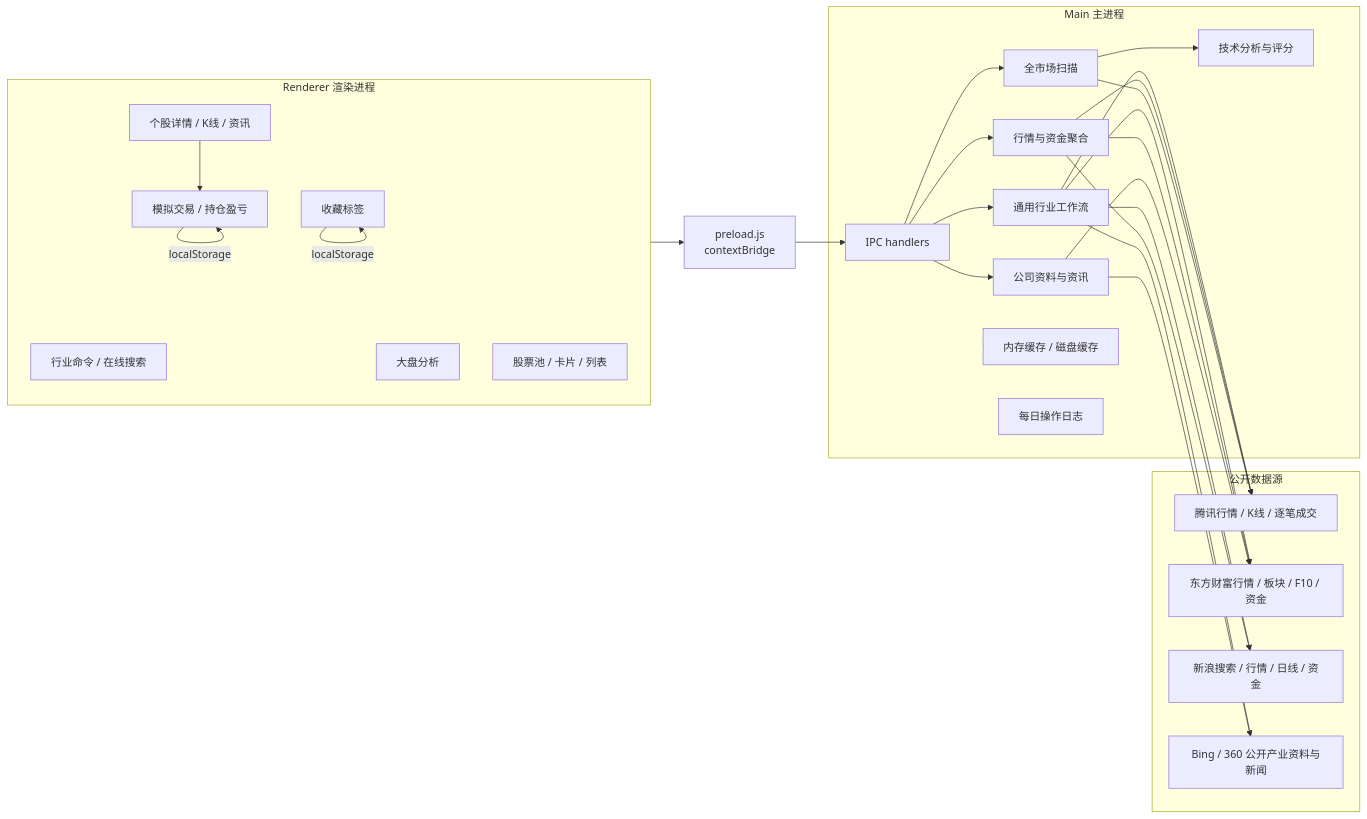
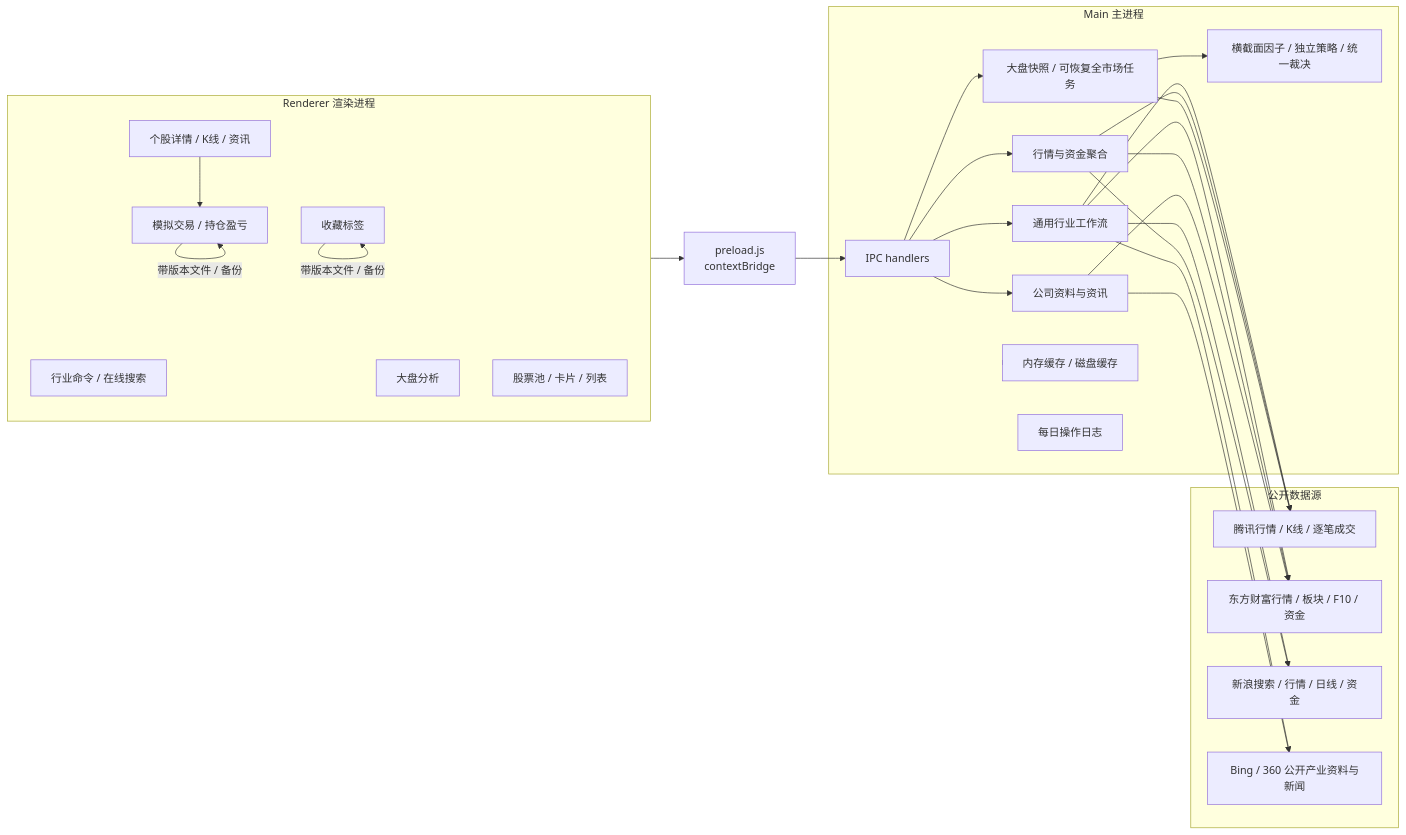
Before and after one commit to yutenys/ai-stock-assistant: the first of 3 diagrams in docs/PROJECT_ARCHITECTURE.md, drawn with Mermaid. The commit also changed other lines of this file and 20 other files, not shown here.

````diff
--- a/docs/PROJECT_ARCHITECTURE.md
+++ b/docs/PROJECT_ARCHITECTURE.md
@@ -17,53 +17,53 @@
 ```mermaid
 flowchart LR
   subgraph UI["Renderer 渲染进程"]
     Command["行业命令 / 在线搜索"]
     Market["大盘分析"]
     Pool["股票池 / 卡片 / 列表"]
     Detail["个股详情 / K线 / 资讯"]
     Portfolio["模拟交易 / 持仓盈亏"]
     Labels["收藏标签"]
   end
 
   Preload["preload.js\ncontextBridge"]
 
   subgraph Main["Main 主进程"]
     IPC["IPC handlers"]
     Workflow["通用行业工作流"]
     Quotes["行情与资金聚合"]
-    Analysis["技术分析与评分"]
-    Overview["全市场扫描"]
+    Analysis["横截面因子 / 独立策略 / 统一裁决"]
+    Overview["大盘快照 / 可恢复全市场任务"]
     Profile["公司资料与资讯"]
     Cache["内存缓存 / 磁盘缓存"]
     Log["每日操作日志"]
   end
 
   subgraph Sources["公开数据源"]
     Tencent["腾讯行情 / K线 / 逐笔成交"]
     Eastmoney["东方财富行情 / 板块 / F10 / 资金"]
     Sina["新浪搜索 / 行情 / 日线 / 资金"]
     Search["Bing / 360 公开产业资料与新闻"]
   end
 
   UI --> Preload --> IPC
   Detail --> Portfolio
-  Portfolio -->|localStorage| Portfolio
+  Portfolio -->|带版本文件 / 备份| Portfolio
   IPC --> Workflow
   IPC --> Quotes
   IPC --> Overview
   IPC --> Profile
   Workflow --> Tencent
   Workflow --> Eastmoney
   Workflow --> Sina
   Workflow --> Search
   Quotes --> Tencent
   Quotes --> Eastmoney
   Quotes --> Sina
   Overview --> Tencent
   Overview --> Analysis
   Profile --> Eastmoney
   Profile --> Search
   Main --> Cache
   Main --> Log
-  Labels -->|localStorage| Labels
+  Labels -->|带版本文件 / 备份| Labels
 ```
````
